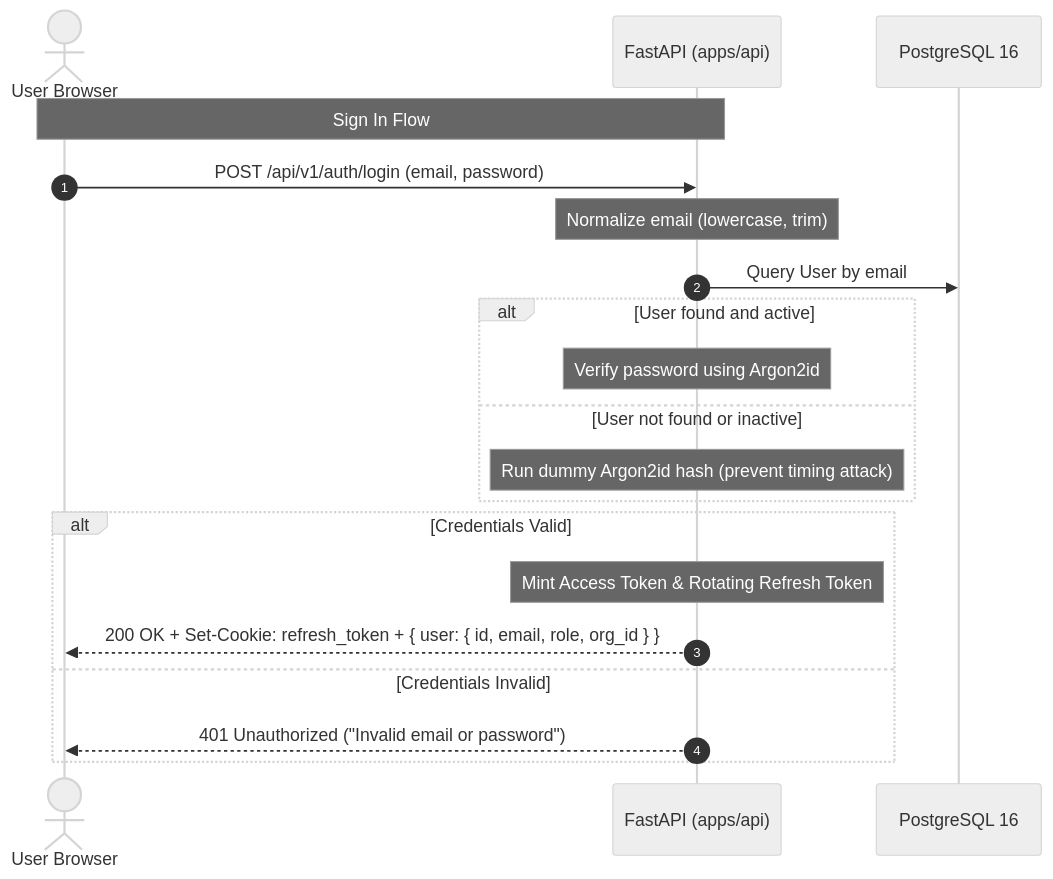
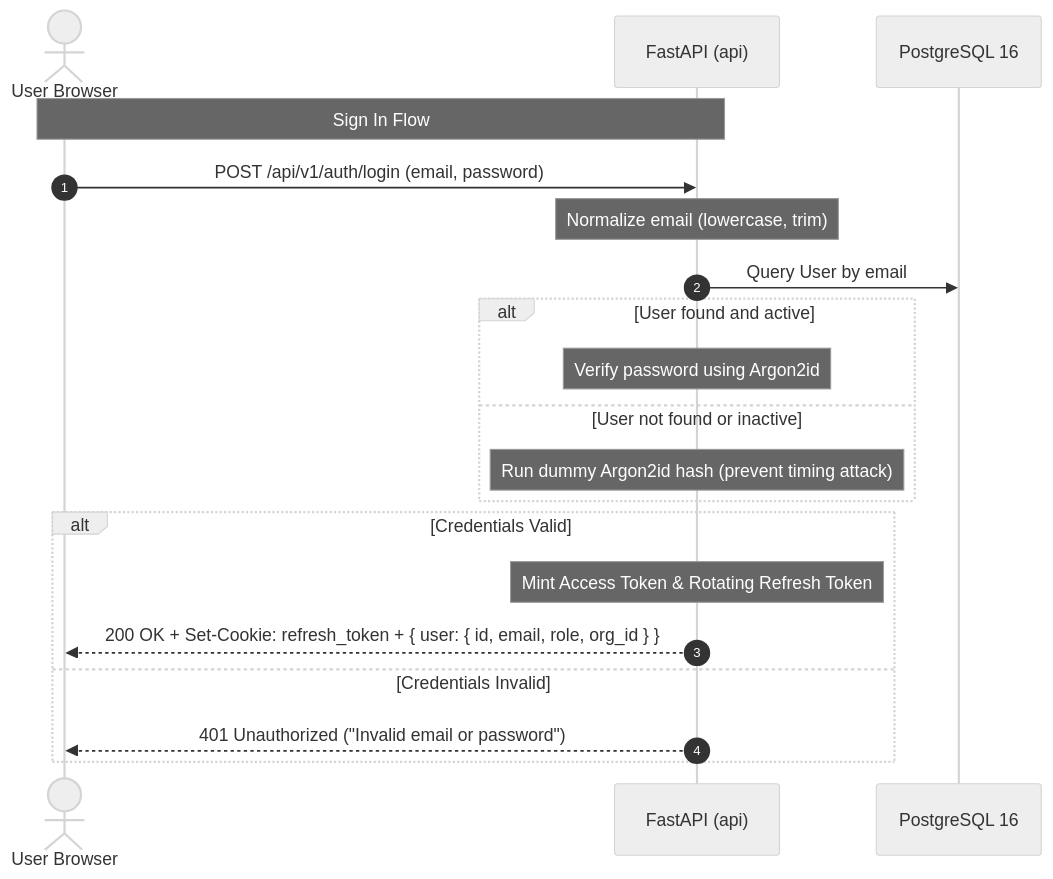
The third of 5 diagrams in docs/authentication-architecture.md (Suguda-Thakur-Marndi/ChainSentinel), drawn with Mermaid (neutral theme) before and after one commit. The commit also changed other lines of this file and 69 other files, not shown here.

````diff
--- a/docs/authentication-architecture.md
+++ b/docs/authentication-architecture.md
@@ -144,23 +144,23 @@
 ```mermaid
 sequenceDiagram
     autonumber
     actor User as User Browser
-    participant API as FastAPI (apps/api)
+    participant API as FastAPI (api)
     participant DB as PostgreSQL 16
 
     Note over User,API: Sign In Flow
     User->>API: POST /api/v1/auth/login (email, password)
     Note over API: Normalize email (lowercase, trim)
     API->>DB: Query User by email
     alt User found and active
         Note over API: Verify password using Argon2id
     else User not found or inactive
         Note over API: Run dummy Argon2id hash (prevent timing attack)
     end
     alt Credentials Valid
         Note over API: Mint Access Token & Rotating Refresh Token
         API-->>User: 200 OK + Set-Cookie: refresh_token + { user: { id, email, role, org_id } }
     else Credentials Invalid
         API-->>User: 401 Unauthorized ("Invalid email or password")
     end
 ```
````
